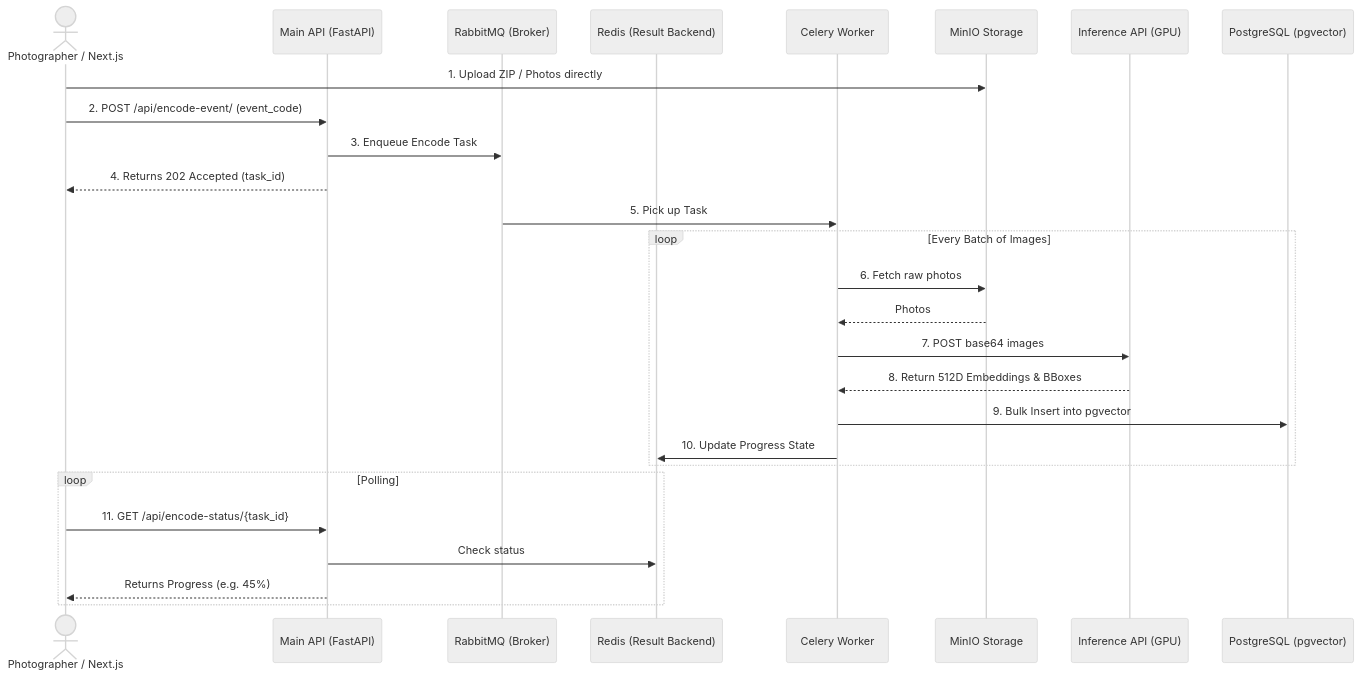
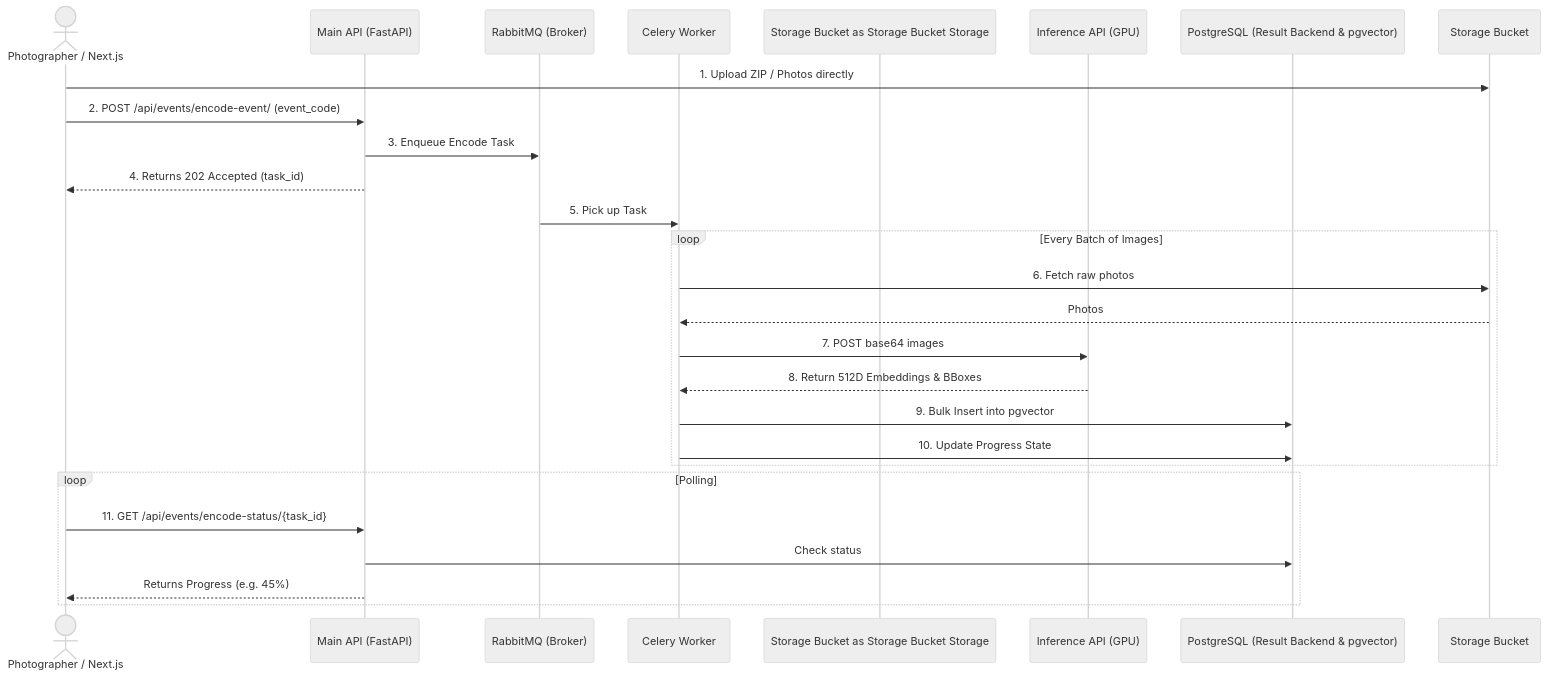
Before and after one commit to Avneesh11905/EventSnapAPI: the first of 3 diagrams in workflows.md, drawn with Mermaid (neutral theme). The commit also changed other lines of this file and 11 other files, not shown here.

First line of the commit message:
feat: offload event deletion to asynchronous celery task & update docs

````diff
--- a/workflows.md
+++ b/workflows.md
@@ -9,33 +9,32 @@
 ```mermaid
 sequenceDiagram
     actor User as Photographer / Next.js
     participant API as Main API (FastAPI)
     participant RMQ as RabbitMQ (Broker)
-    participant Redis as Redis (Result Backend)
     participant Worker as Celery Worker
-    participant MinIO as MinIO Storage
+    participant Storage Bucket as Storage Bucket Storage
     participant GPU as Inference API (GPU)
-    participant DB as PostgreSQL (pgvector)
+    participant DB as PostgreSQL (Result Backend & pgvector)
 
-    User->>MinIO: 1. Upload ZIP / Photos directly
-    User->>API: 2. POST /api/encode-event/ (event_code)
+    User->>Storage Bucket: 1. Upload ZIP / Photos directly
+    User->>API: 2. POST /api/events/encode-event/ (event_code)
     API->>RMQ: 3. Enqueue Encode Task
     API-->>User: 4. Returns 202 Accepted (task_id)
 
     RMQ->>Worker: 5. Pick up Task
 
     loop Every Batch of Images
-        Worker->>MinIO: 6. Fetch raw photos
-        MinIO-->>Worker: Photos
+        Worker->>Storage Bucket: 6. Fetch raw photos
+        Storage Bucket-->>Worker: Photos
         Worker->>GPU: 7. POST base64 images
         GPU-->>Worker: 8. Return 512D Embeddings & BBoxes
         Worker->>DB: 9. Bulk Insert into pgvector
-        Worker->>Redis: 10. Update Progress State
+        Worker->>DB: 10. Update Progress State
     end
 
     loop Polling
-        User->>API: 11. GET /api/encode-status/{task_id}
-        API->>Redis: Check status
+        User->>API: 11. GET /api/events/encode-status/{task_id}
+        API->>DB: Check status
         API-->>User: Returns Progress (e.g. 45%)
     end
 ```
````
